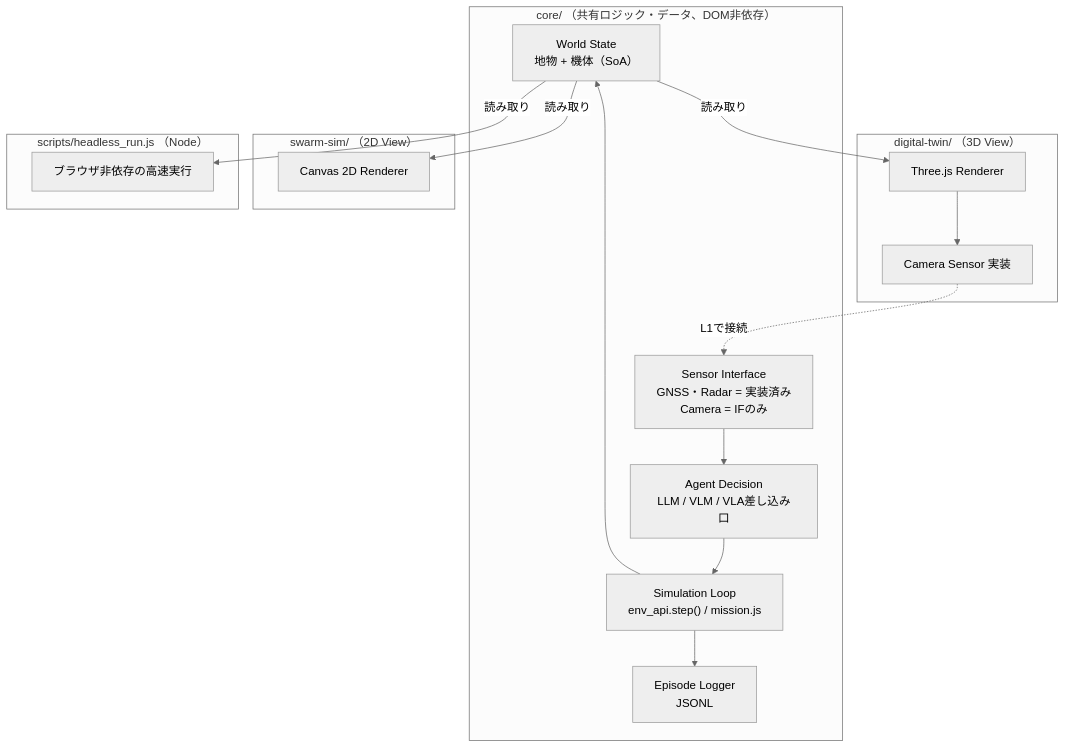
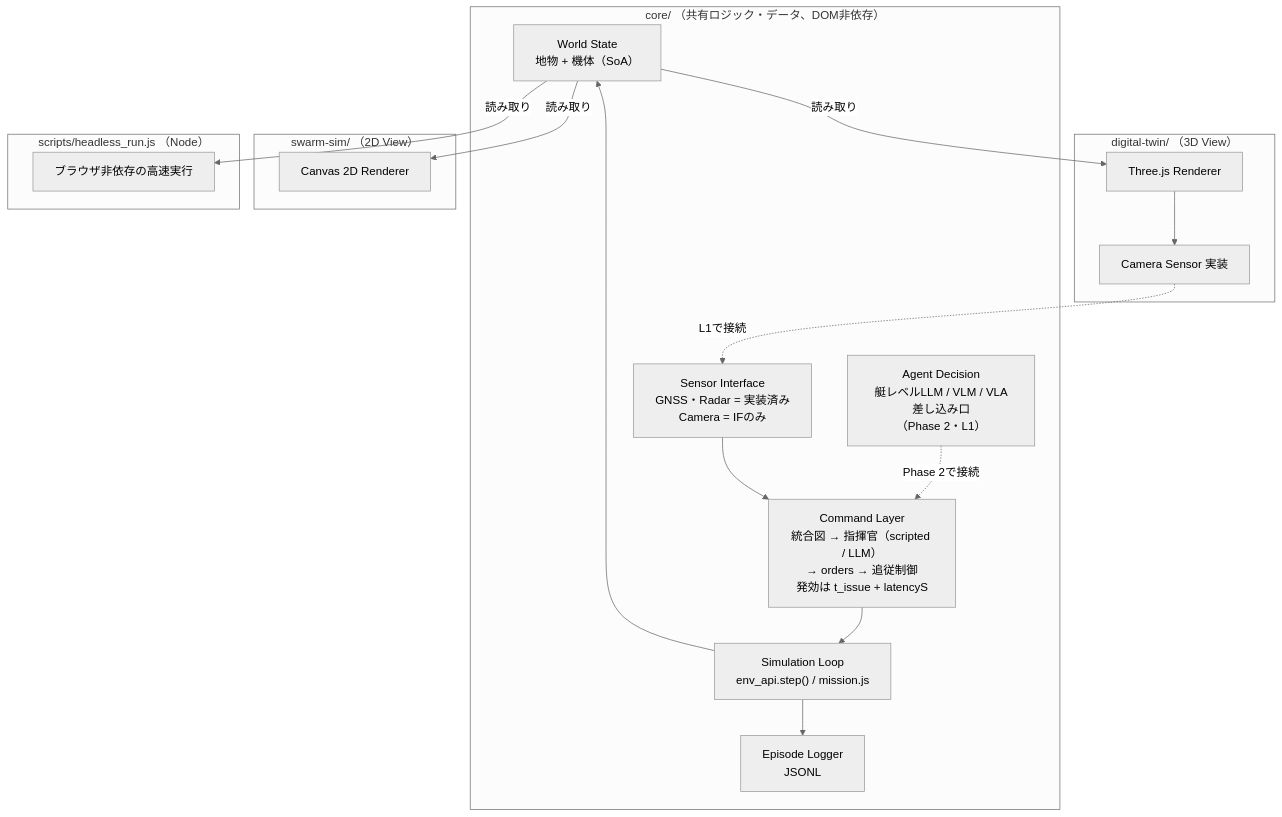
One commit to sbilxxxx/asv_swarm_dt changed the diagram in README.md. Above: the diagram before and after it, drawn with Mermaid (neutral theme). The commit also changed other lines of this file and 6 other files, not shown here.

````diff
--- a/README.md
+++ b/README.md
@@ -42,29 +42,31 @@
 ```mermaid
 flowchart TB
   subgraph Core["core/ （共有ロジック・データ、DOM非依存）"]
     WS["World State<br/>地物 + 機体（SoA）"]
     SIM["Simulation Loop<br/>env_api.step() / mission.js"]
-    AGT["Agent Decision<br/>LLM / VLM / VLA差し込み口"]
+    CMD["Command Layer<br/>統合図 → 指揮官（scripted / LLM）<br/>→ orders → 追従制御<br/>発効は t_issue + latencyS"]
+    AGT["Agent Decision<br/>艇レベルLLM / VLM / VLA差し込み口<br/>（Phase 2・L1）"]
     SENS["Sensor Interface<br/>GNSS・Radar = 実装済み<br/>Camera = IFのみ"]
     LOG["Episode Logger<br/>JSONL"]
   end
   subgraph DT["digital-twin/ （3D View）"]
     R3D["Three.js Renderer"]
     CAM["Camera Sensor 実装"]
   end
   subgraph SW["swarm-sim/ （2D View）"]
     R2D["Canvas 2D Renderer"]
   end
   subgraph HL["scripts/headless_run.js （Node）"]
     HR["ブラウザ非依存の高速実行"]
   end
 
   WS --読み取り--> R3D
   WS --読み取り--> R2D
   WS --読み取り--> HR
   R3D --> CAM
   CAM -. "L1で接続" .-> SENS
-  AGT --> SIM --> WS
-  SENS --> AGT
+  CMD --> SIM --> WS
+  AGT -. "Phase 2で接続" .-> CMD
+  SENS --> CMD
   SIM --> LOG
 ```
````
